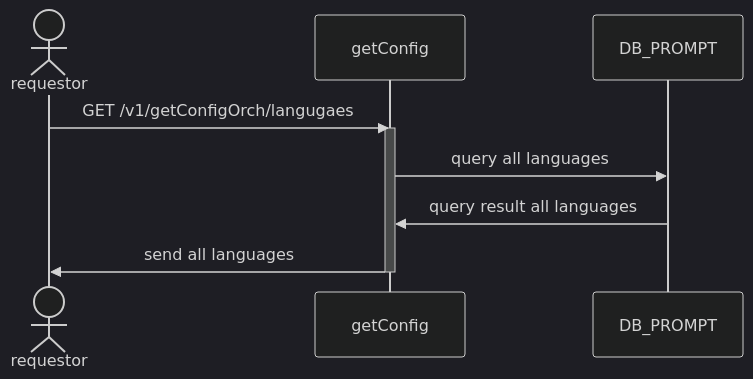
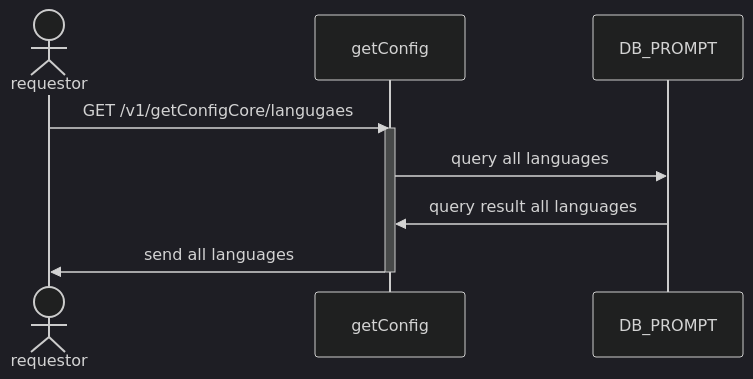
Before and after one commit to promptlabth/docs-of-all: the diagram in systemFlow/core/promptCore/get_language.md, drawn with Mermaid (dark theme).

Commit message:
perf: edit wording

````diff
--- a/systemFlow/core/promptCore/get_language.md
+++ b/systemFlow/core/promptCore/get_language.md
@@ -5,13 +5,13 @@
 ```mermaid
 sequenceDiagram
     actor req as requestor
     participant getConfig
     participant prompt as DB_PROMPT
 
-    req ->> getConfig: GET /v1/getConfigOrch/langugaes
+    req ->> getConfig: GET /v1/getConfigCore/langugaes
     activate getConfig
     getConfig ->> prompt: query all languages
     prompt ->> getConfig: query result all languages
     getConfig ->> req: send all languages
     deactivate getConfig
 ```
````
